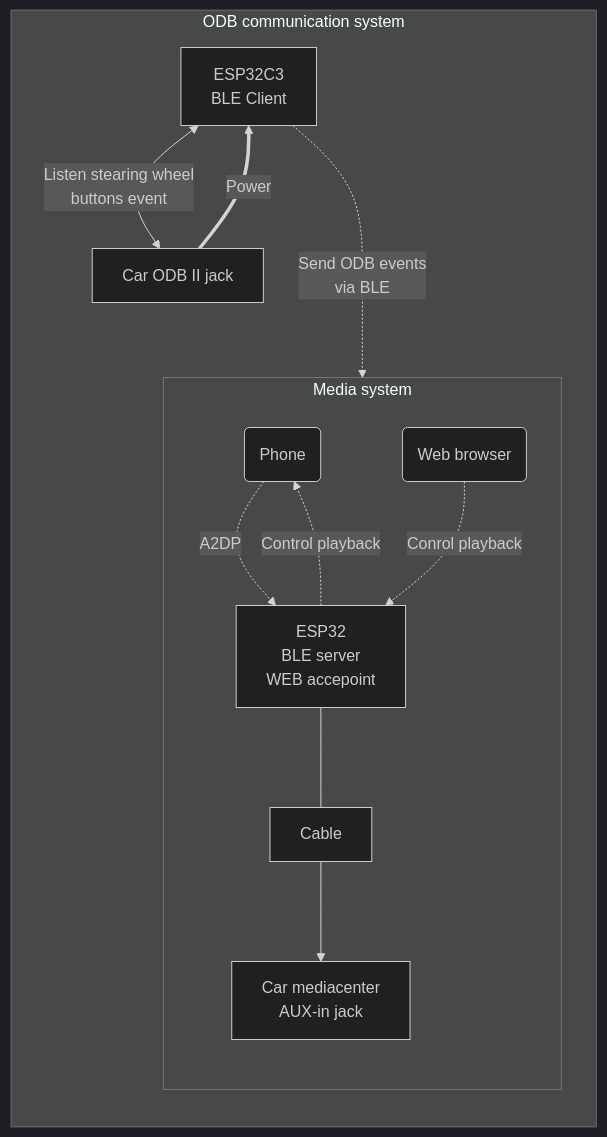
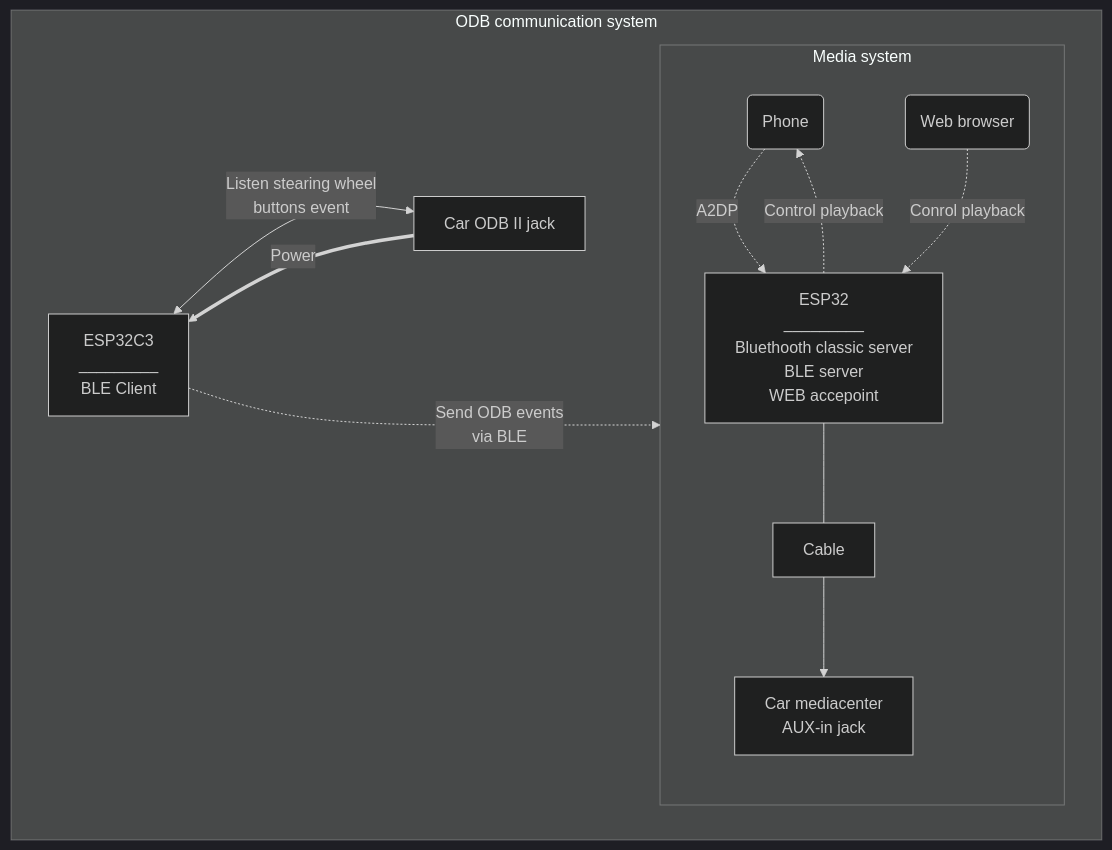
The diagram in schematic.md (Monobrachius/BT2CAR), drawn with Mermaid (dark theme) before and after one commit.

Commit message:
Making diagram look nice

````diff
--- a/schematic.md
+++ b/schematic.md
@@ -8,15 +8,18 @@
 ```mermaid
   flowchart LR;
+    
     subgraph ODBSys[ODB communication system]
-      BT2CarODB[ESP32C3 <br> BLE Client]<-- Listen stearing wheel <br> buttons event--> ODB[Car ODB II jack ] 
+      direction LR
+      BT2CarODB[ESP32C3 <br>_________<br>BLE Client]<-- Listen stearing wheel <br> buttons event--> ODB[Car ODB II jack ] 
       BT2CarODB -. Send ODB events <br> via BLE..-> Media
       ODB == Power ==> BT2CarODB
     end
+    
     subgraph Media[Media system]
-      Phone1(Phone)-. A2DP .->BT2CarAudio[ESP32 <br> BLE server  <br> WEB accepoint]
+      Phone1(Phone)-. A2DP .->BT2CarAudio[ESP32 <br>_________<br>Bluethooth classic server <br> BLE server  <br> WEB accepoint]
       BT2CarAudio-. Control playback .->Phone1
       BT2CarAudio---Cable--> Stereo[Car mediacenter <br>AUX-in jack]
       Browser(Web browser) -. Conrol playback .-> BT2CarAudio
     end
     
 ```
````
